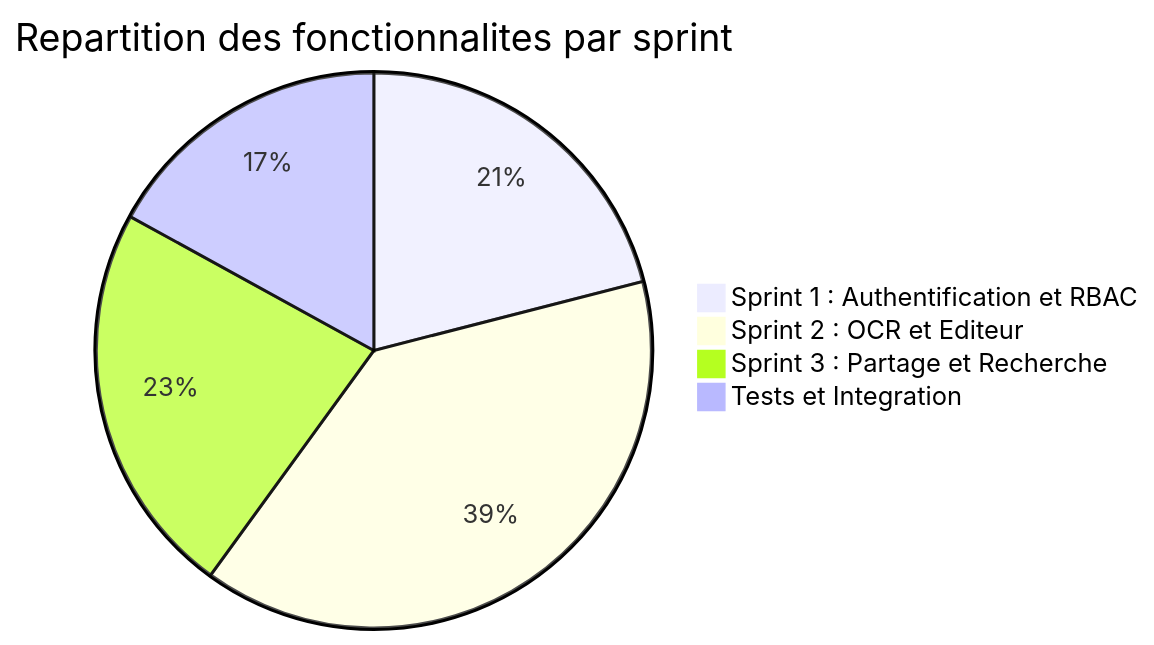
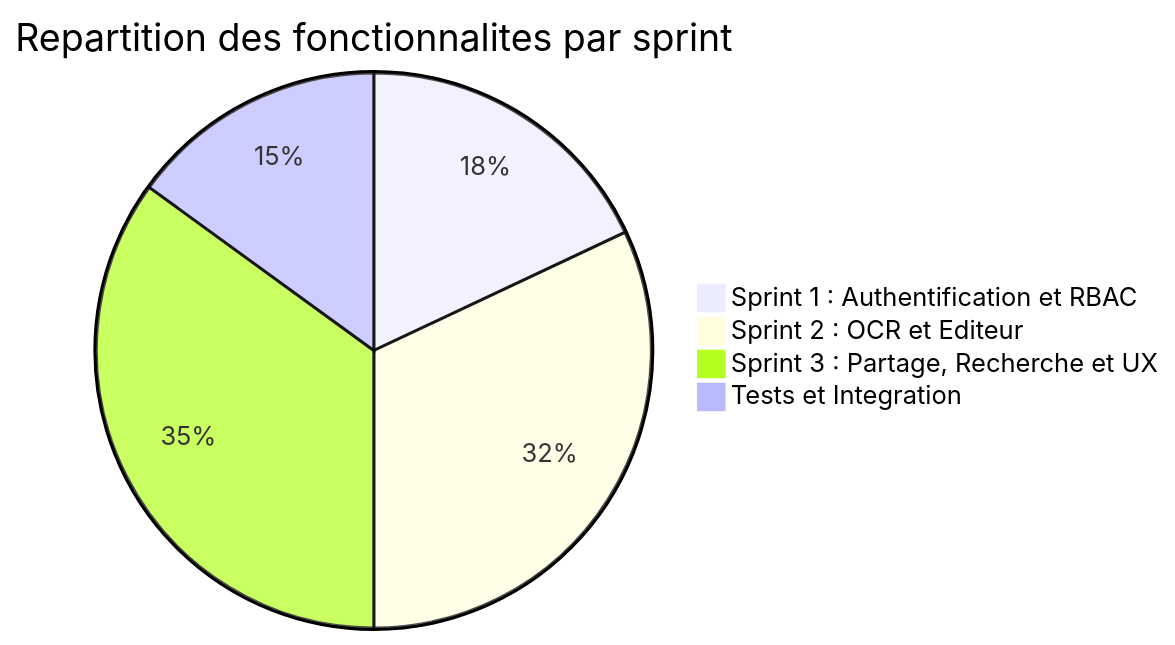
The first of 2 diagrams in rapport/chapitre-6-conclusion-generale.md (mohamedYassinChayada/stage-perf), drawn with Mermaid before and after one commit. The commit also changed other lines of this file and 7 other files, not shown here.

First line of the commit message:
feat: Update UML diagrams and documentation for new features

````diff
--- a/rapport/chapitre-6-conclusion-generale.md
+++ b/rapport/chapitre-6-conclusion-generale.md
@@ -9,7 +9,7 @@
 ```mermaid
 pie title Repartition des fonctionnalites par sprint
-    "Sprint 1 : Authentification et RBAC" : 21
-    "Sprint 2 : OCR et Editeur" : 39
-    "Sprint 3 : Partage et Recherche" : 23
-    "Tests et Integration" : 17
+    "Sprint 1 : Authentification et RBAC" : 18
+    "Sprint 2 : OCR et Editeur" : 32
+    "Sprint 3 : Partage, Recherche et UX" : 35
+    "Tests et Integration" : 15
 ```
````
